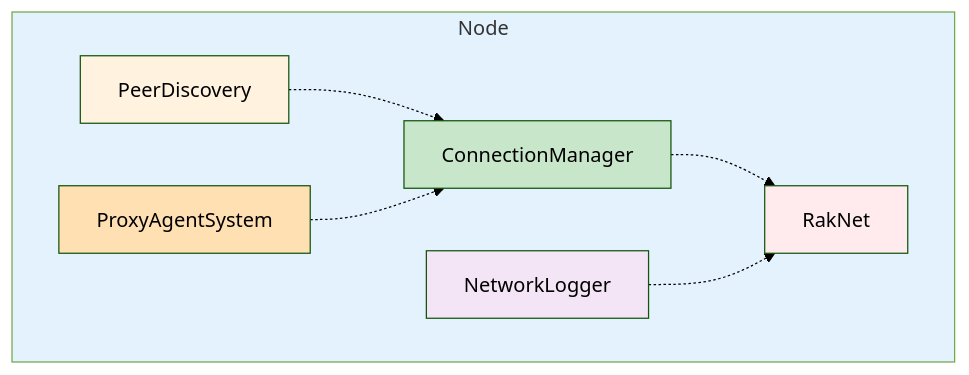
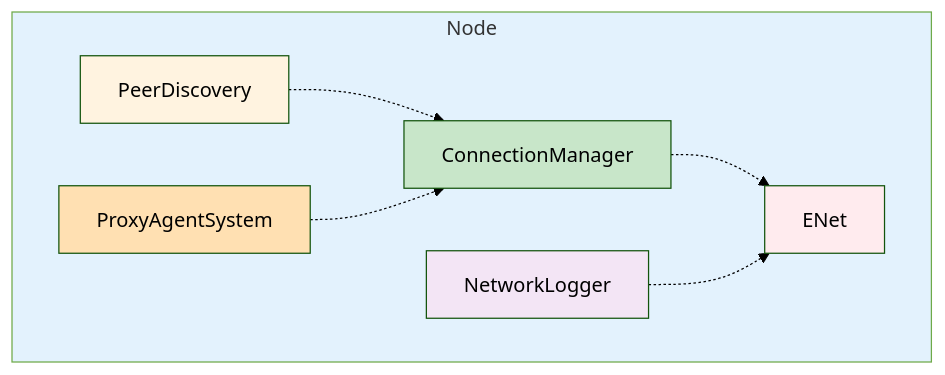
Before and after one commit to cschladetsch/CppKAI: the first of 3 diagrams in Doc/NetworkArchitecture.md, drawn with Mermaid (forest theme). The commit also changed other lines of this file and 136 other files, not shown here.

Commit message:
Remove RakNet and add ENet transport abstraction

````diff
--- a/Doc/NetworkArchitecture.md
+++ b/Doc/NetworkArchitecture.md
@@ -11,22 +11,22 @@
 ```mermaid
 graph TB
     subgraph Node["Node"]
         PD[PeerDiscovery]
         CM[ConnectionManager]
         NL[NetworkLogger]
         PAS[ProxyAgentSystem]
-        RN[RakNet]
+        RN[ENet]
 
         PD -.-> CM
         CM -.-> RN
         PAS -.-> CM
         NL -.-> RN
     end
 
     style Node fill:#e3f2fd
     style PD fill:#fff3e0
     style CM fill:#c8e6c9
     style NL fill:#f3e5f5
     style PAS fill:#ffe0b2
     style RN fill:#ffebee
 ```
````
